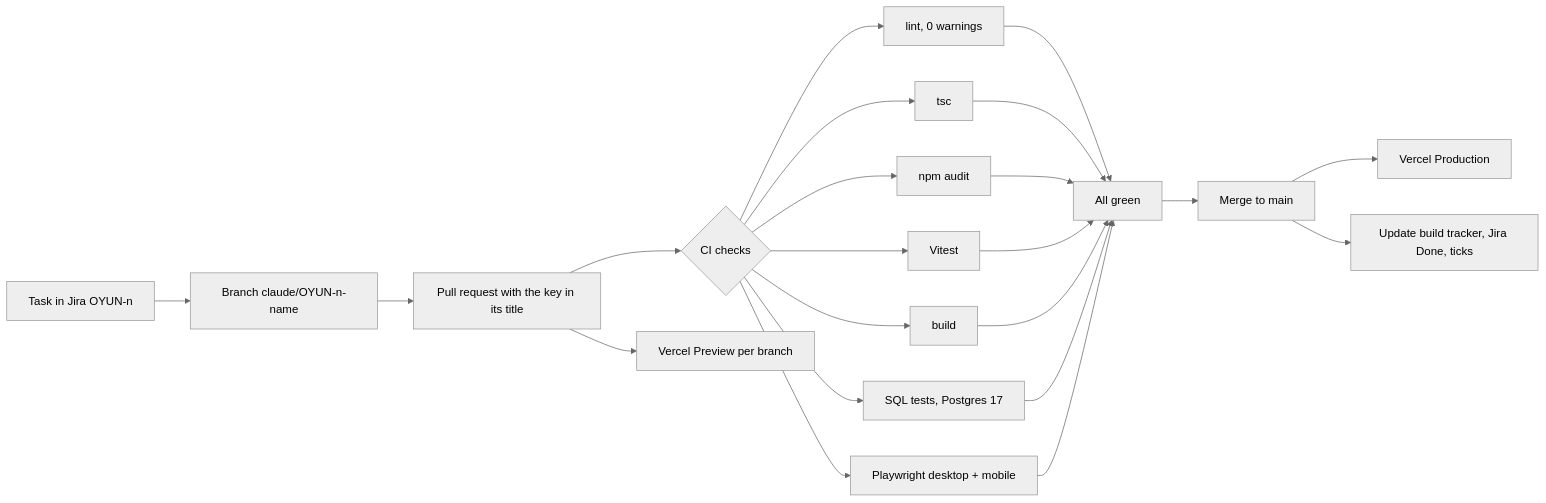
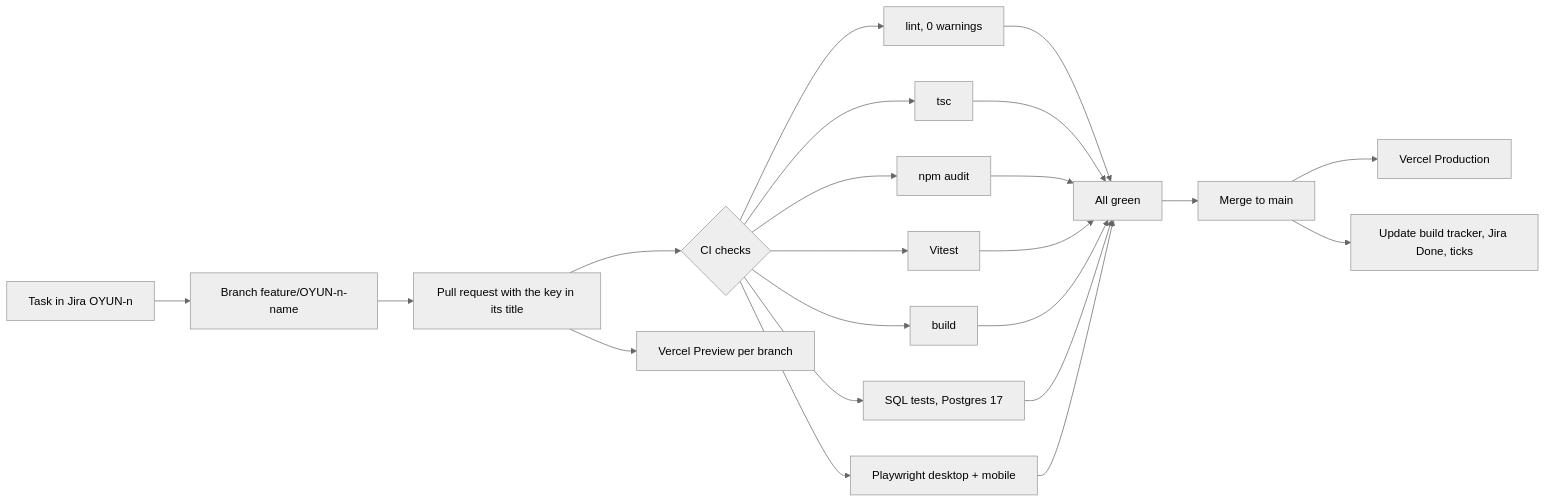
One commit to devcnisham/oyun changed diagram 12 of 15 in docs/CODEBASE-MAP.md. Above: the diagram before and after it, drawn with Mermaid (neutral theme). The commit also changed other lines of this file and 7 other files, not shown here.

Commit message:
Reword docs: remove tool-specific references, use feature/ branch prefix

````diff
--- a/docs/CODEBASE-MAP.md
+++ b/docs/CODEBASE-MAP.md
@@ -292,18 +292,18 @@
 ```mermaid
 flowchart LR
-  T[Task in Jira OYUN-n] --> BR[Branch claude/OYUN-n-name]
+  T[Task in Jira OYUN-n] --> BR[Branch feature/OYUN-n-name]
   BR --> PR[Pull request with the key in its title]
   PR --> CI{CI checks}
   CI --> C1[lint, 0 warnings]
   CI --> C2[tsc]
   CI --> C3[npm audit]
   CI --> C4[Vitest]
   CI --> C5[build]
   CI --> C6[SQL tests, Postgres 17]
   CI --> C7[Playwright desktop + mobile]
   C1 & C2 & C3 & C4 & C5 & C6 & C7 --> OK[All green]
   OK --> MG[Merge to main]
   MG --> VP[Vercel Production]
   PR --> VV[Vercel Preview per branch]
   MG --> TR[Update build tracker, Jira Done, ticks]
 ```
````
